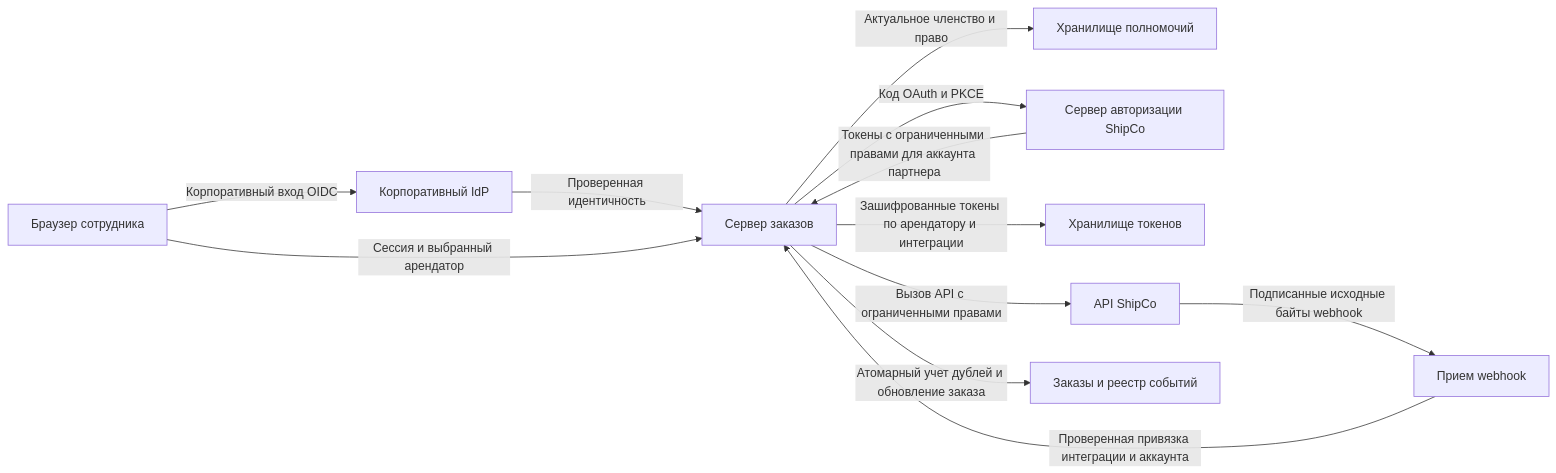
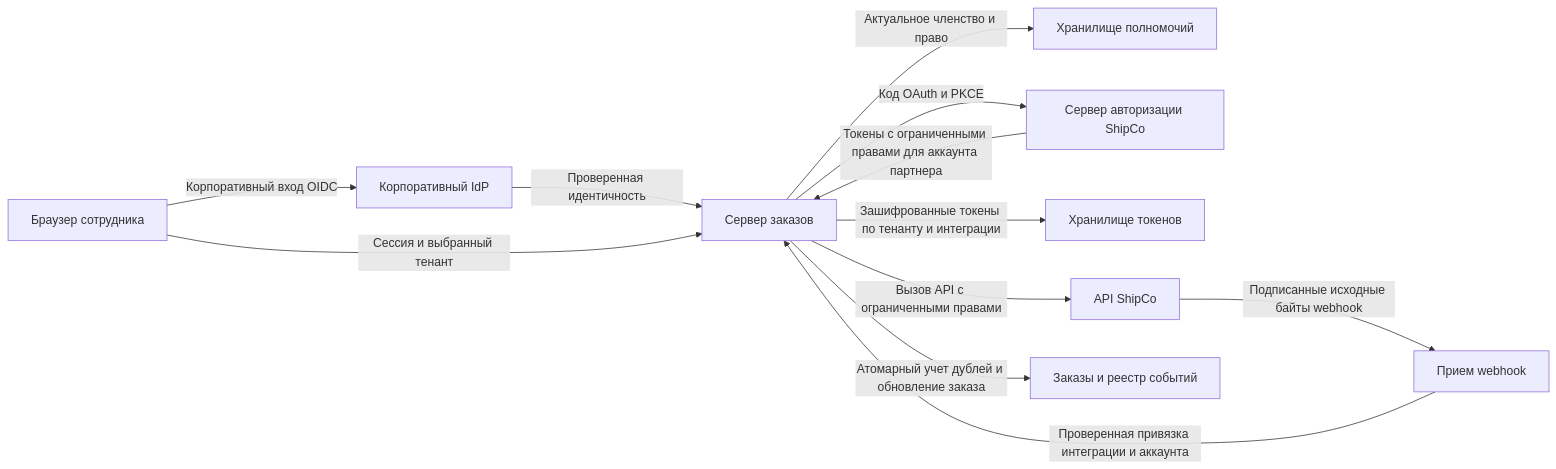
Before and after one commit to defrixx/defrixx.github.io: the diagram in content/hub/reviews/delivery-api/overview.ru.md, drawn with Mermaid. The commit also changed other lines of this file and 201 other files, not shown here.

````diff
--- a/content/hub/reviews/delivery-api/overview.ru.md
+++ b/content/hub/reviews/delivery-api/overview.ru.md
@@ -15,14 +15,14 @@
 ```mermaid
 flowchart LR
   E[Браузер сотрудника] -->|Корпоративный вход OIDC| IDP[Корпоративный IdP]
   IDP -->|Проверенная идентичность| B[Сервер заказов]
-  E -->|Сессия и выбранный арендатор| B
+  E -->|Сессия и выбранный тенант| B
   B -->|Актуальное членство и право| P[Хранилище полномочий]
   B -->|Код OAuth и PKCE| A[Сервер авторизации ShipCo]
   A -->|Токены с ограниченными правами для аккаунта партнера| B
-  B -->|Зашифрованные токены по арендатору и интеграции| V[Хранилище токенов]
+  B -->|Зашифрованные токены по тенанту и интеграции| V[Хранилище токенов]
   B -->|Вызов API с ограниченными правами| D[API ShipCo]
   D -->|Подписанные исходные байты webhook| W[Прием webhook]
   W -->|Проверенная привязка интеграции и аккаунта| B
   B -->|Атомарный учет дублей и обновление заказа| O[Заказы и реестр событий]
 ```
````
